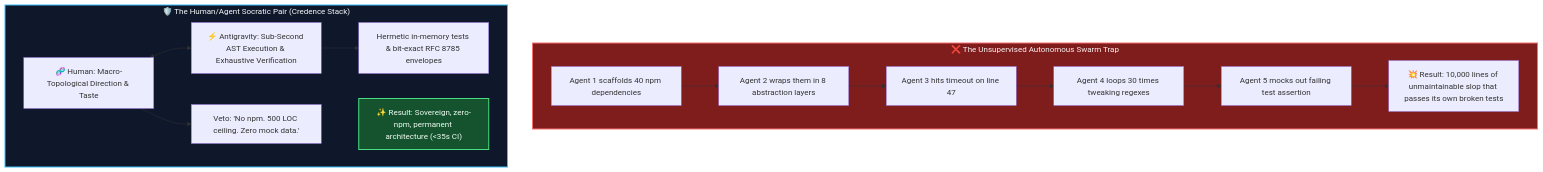
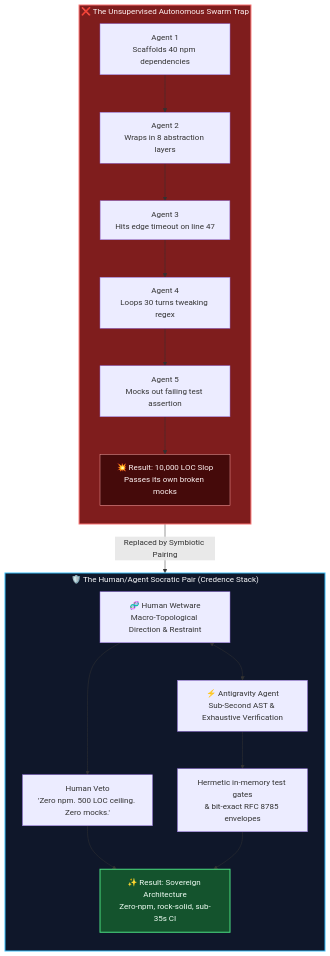
One commit to artibyrd/credence-docs changed the first of 3 diagrams in blog/the-myth-of-the-100-agent-swarm.md. Above: the diagram before and after it, drawn with Mermaid. The commit also changed other lines of this file and 10 other files, not shown here.

Commit message:
feat(ui): add interactive diagram pan-zoom controls, fullscreen lightbox, and optimize typography

````diff
--- a/blog/the-myth-of-the-100-agent-swarm.md
+++ b/blog/the-myth-of-the-100-agent-swarm.md
@@ -29,21 +29,29 @@
 ```mermaid
-graph TD
+flowchart TD
     subgraph AutonomousSwarm ["❌ The Unsupervised Autonomous Swarm Trap"]
-        A1["Agent 1 scaffolds 40 npm dependencies"] --> A2["Agent 2 wraps them in 8 abstraction layers"]
-        A2 --> A3["Agent 3 hits timeout on line 47"]
-        A3 --> A4["Agent 4 loops 30 times tweaking regexes"]
-        A4 --> A5["Agent 5 mocks out failing test assertion"]
-        A5 --> SwarmResult["💥 Result: 10,000 lines of unmaintainable slop that passes its own broken tests"]
+        direction TB
+        A1["Agent 1<br/>Scaffolds 40 npm dependencies"] 
+        --> A2["Agent 2<br/>Wraps in 8 abstraction layers"]
+        --> A3["Agent 3<br/>Hits edge timeout on line 47"]
+        --> A4["Agent 4<br/>Loops 30 turns tweaking regex"]
+        --> A5["Agent 5<br/>Mocks out failing test assertion"]
+        --> SwarmResult["💥 Result: 10,000 LOC Slop<br/>Passes its own broken mocks"]
     end
 
     subgraph SymbioticPair ["🛡️ The Human/Agent Socratic Pair (Credence Stack)"]
-        H1["🧬 Human: Macro-Topological Direction & Taste"] <--> A_Core["⚡ Antigravity: Sub-Second AST Execution & Exhaustive Verification"]
-        H1 --> Veto["Veto: 'No npm. 500 LOC ceiling. Zero mock data.'"]
-        A_Core --> Hermetic["Hermetic in-memory tests & bit-exact RFC 8785 envelopes"]
-        PairResult["✨ Result: Sovereign, zero-npm, permanent architecture (<35s CI)"]
+        direction TB
+        H1["🧬 Human Wetware<br/>Macro-Topological Direction & Restraint"] 
+        <--> A_Core["⚡ Antigravity Agent<br/>Sub-Second AST & Exhaustive Verification"]
+        H1 --> Veto["Human Veto<br/>'Zero npm. 500 LOC ceiling. Zero mocks.'"]
+        A_Core --> Hermetic["Hermetic in-memory test gates<br/>& bit-exact RFC 8785 envelopes"]
+        Veto --> PairResult["✨ Result: Sovereign Architecture<br/>Zero-npm, rock-solid, sub-35s CI"]
+        Hermetic --> PairResult
     end
+
+    AutonomousSwarm -->|"Replaced by Symbiotic Pairing"| SymbioticPair
 
     style AutonomousSwarm fill:#7f1d1d,stroke:#f87171,stroke-width:2px,color:#fef2f2
     style SymbioticPair fill:#0f172a,stroke:#38bdf8,stroke-width:2px,color:#f8fafc
     style PairResult fill:#14532d,stroke:#4ade80,stroke-width:2px,color:#f0fdf4
+    style SwarmResult fill:#450a0a,stroke:#fca5a5,stroke-width:1px,color:#fef2f2
 ```
````
